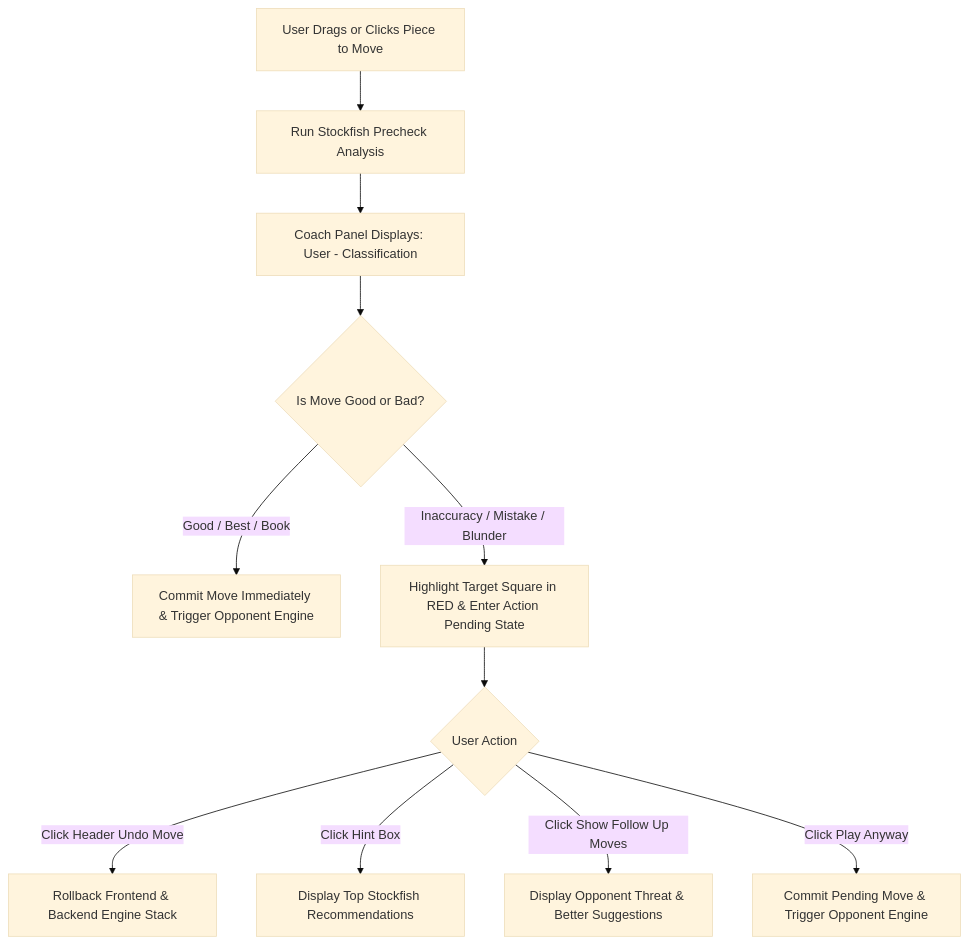
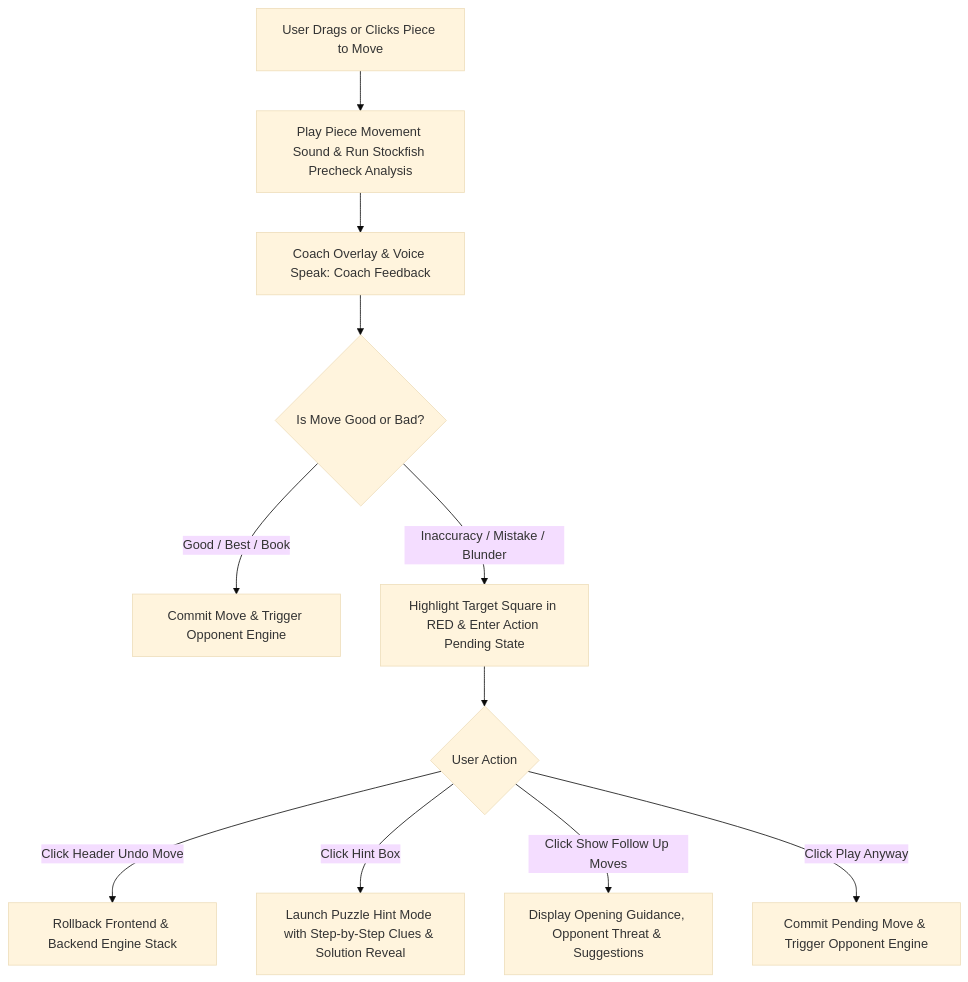
Before and after one commit to janhavi-28/chess-game: the diagram in PRD.md, drawn with Mermaid (base theme). The commit also changed other lines of this file and 1 other file, not shown here.

Commit message:
docs: Update PRD.md and ARCHITECTURE.md to document 3-button layout, Puzzle Hint mode, audio sounds, and Coach voice features

````diff
--- a/PRD.md
+++ b/PRD.md
@@ -80,15 +84,15 @@
 ```mermaid
 flowchart TD
-    A[User Drags or Clicks Piece to Move] --> B[Run Stockfish Precheck Analysis]
-    B --> C[Coach Panel Displays: User - Classification]
+    A[User Drags or Clicks Piece to Move] --> B[Play Piece Movement Sound & Run Stockfish Precheck Analysis]
+    B --> C[Coach Overlay & Voice Speak: Coach Feedback]
     
     C --> D{Is Move Good or Bad?}
-    D -- Good / Best / Book --> E[Commit Move Immediately & Trigger Opponent Engine]
+    D -- Good / Best / Book --> E[Commit Move & Trigger Opponent Engine]
     D -- Inaccuracy / Mistake / Blunder --> F[Highlight Target Square in RED & Enter Action Pending State]
     
     F --> G{User Action}
     G -- Click Header Undo Move --> H[Rollback Frontend & Backend Engine Stack]
-    G -- Click Hint Box --> I[Display Top Stockfish Recommendations]
-    G -- Click Show Follow Up Moves --> J[Display Opponent Threat & Better Suggestions]
+    G -- Click Hint Box --> I[Launch Puzzle Hint Mode with Step-by-Step Clues & Solution Reveal]
+    G -- Click Show Follow Up Moves --> J[Display Opening Guidance, Opponent Threat & Suggestions]
     G -- Click Play Anyway --> K[Commit Pending Move & Trigger Opponent Engine]
 ```
````
